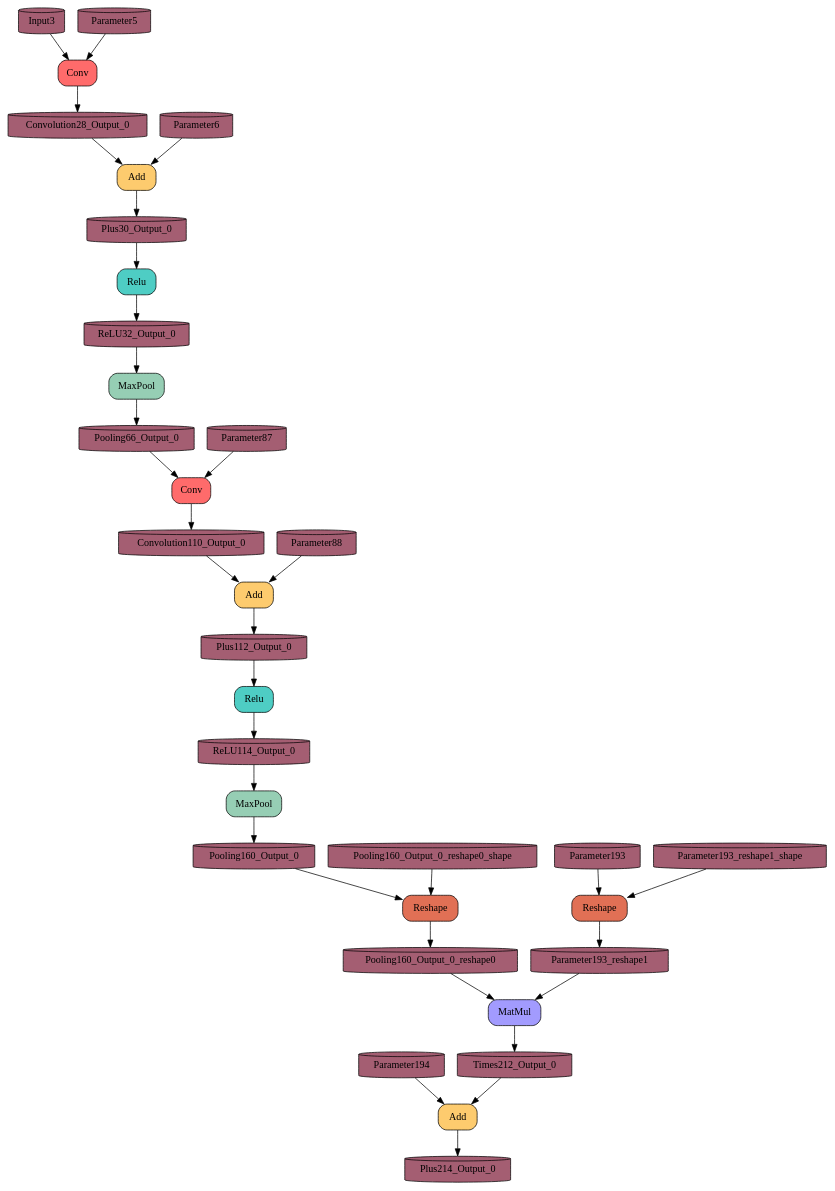
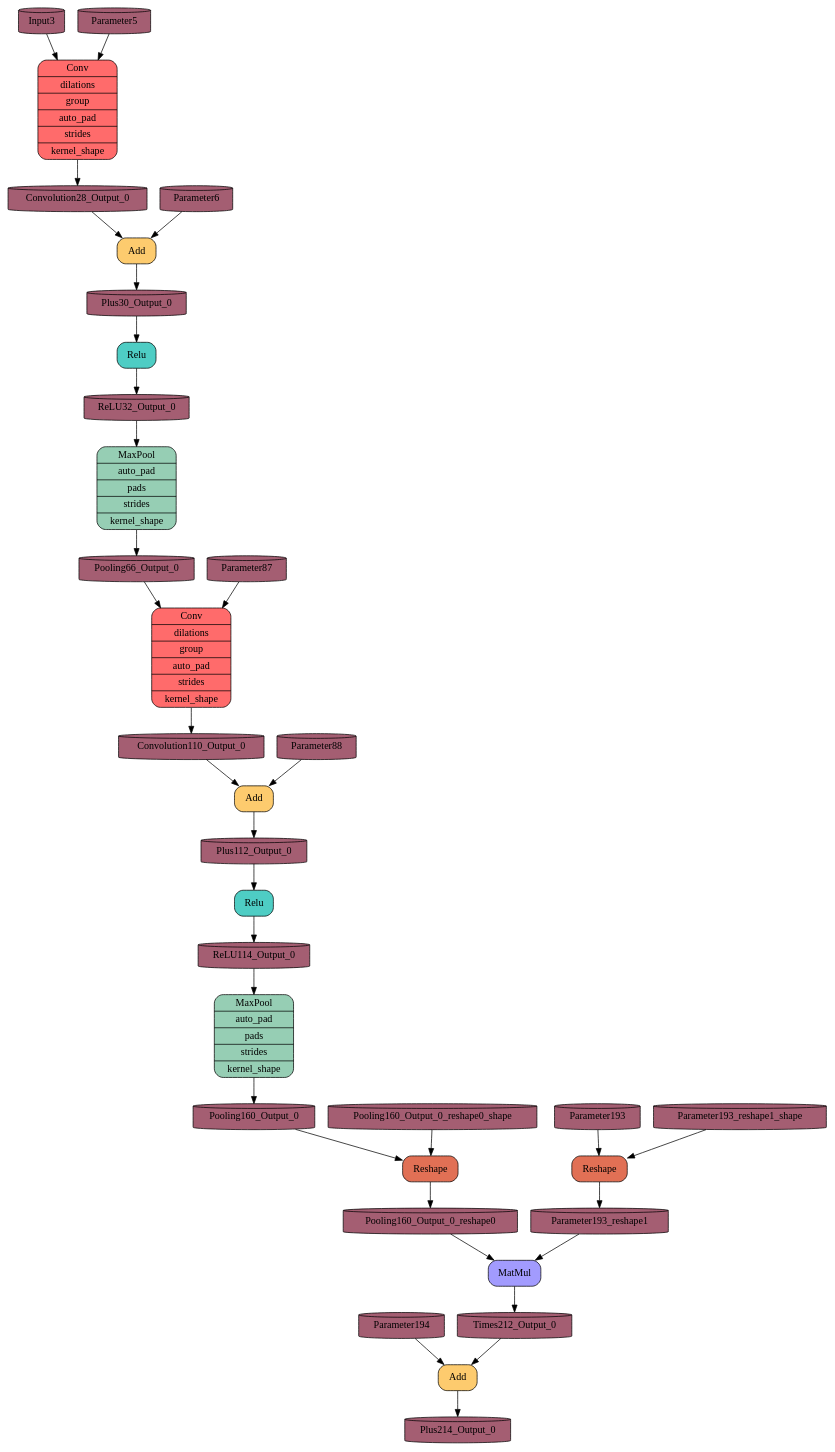
The diagram in dot/mnist-8.dot (Barkir/BebraTensor), drawn with Graphviz before and after one commit. The commit also changed 15 other files, not shown here.

```diff
--- a/dot/mnist-8.dot
+++ b/dot/mnist-8.dot
@@ -1,78 +1,78 @@
 digraph{
-node0x5d76a30[label=Reshape,shape=Mrecord style=filled, fillcolor="#E17055"]
+node0x3680a30["label"="{Reshape}",shape=Mrecord style=filled, fillcolor="#E17055"]
 tensorParameter193[label=Parameter193, shape=cylinder, style=filled, fillcolor="#A45E72"]
-tensorParameter193->node0x5d76a30
+tensorParameter193->node0x3680a30
 tensorParameter193_reshape1_shape[label=Parameter193_reshape1_shape, shape=cylinder, style=filled, fillcolor="#A45E72"]
-tensorParameter193_reshape1_shape->node0x5d76a30
+tensorParameter193_reshape1_shape->node0x3680a30
 tensorParameter193_reshape1[label=Parameter193_reshape1, shape=cylinder, style=filled, fillcolor="#A45E72"]
-node0x5d76a30->tensorParameter193_reshape1
-node0x5d76ab8[label=Conv,shape=Mrecord style=filled, fillcolor="#FF6B6B"]
+node0x3680a30->tensorParameter193_reshape1
+node0x3680ab8["label"="{Conv|dilations|group|auto_pad|strides|kernel_shape}",shape=Mrecord style=filled, fillcolor="#FF6B6B"]
 tensorInput3[label=Input3, shape=cylinder, style=filled, fillcolor="#A45E72"]
-tensorInput3->node0x5d76ab8
+tensorInput3->node0x3680ab8
 tensorParameter5[label=Parameter5, shape=cylinder, style=filled, fillcolor="#A45E72"]
-tensorParameter5->node0x5d76ab8
+tensorParameter5->node0x3680ab8
 tensorConvolution28_Output_0[label=Convolution28_Output_0, shape=cylinder, style=filled, fillcolor="#A45E72"]
-node0x5d76ab8->tensorConvolution28_Output_0
-node0x5d76b40[label=Add,shape=Mrecord style=filled, fillcolor="#FDCB6E"]
+node0x3680ab8->tensorConvolution28_Output_0
+node0x3680b40["label"="{Add}",shape=Mrecord style=filled, fillcolor="#FDCB6E"]
 tensorConvolution28_Output_0[label=Convolution28_Output_0, shape=cylinder, style=filled, fillcolor="#A45E72"]
-tensorConvolution28_Output_0->node0x5d76b40
+tensorConvolution28_Output_0->node0x3680b40
 tensorParameter6[label=Parameter6, shape=cylinder, style=filled, fillcolor="#A45E72"]
-tensorParameter6->node0x5d76b40
+tensorParameter6->node0x3680b40
 tensorPlus30_Output_0[label=Plus30_Output_0, shape=cylinder, style=filled, fillcolor="#A45E72"]
-node0x5d76b40->tensorPlus30_Output_0
-node0x5d76bc8[label=Relu,shape=Mrecord style=filled, fillcolor="#4ECDC4"]
+node0x3680b40->tensorPlus30_Output_0
+node0x3680bc8["label"="{Relu}",shape=Mrecord style=filled, fillcolor="#4ECDC4"]
 tensorPlus30_Output_0[label=Plus30_Output_0, shape=cylinder, style=filled, fillcolor="#A45E72"]
-tensorPlus30_Output_0->node0x5d76bc8
+tensorPlus30_Output_0->node0x3680bc8
 tensorReLU32_Output_0[label=ReLU32_Output_0, shape=cylinder, style=filled, fillcolor="#A45E72"]
-node0x5d76bc8->tensorReLU32_Output_0
-node0x5d76c50[label=MaxPool,shape=Mrecord style=filled, fillcolor="#96CEB4"]
+node0x3680bc8->tensorReLU32_Output_0
+node0x3680c50["label"="{MaxPool|auto_pad|pads|strides|kernel_shape}",shape=Mrecord style=filled, fillcolor="#96CEB4"]
 tensorReLU32_Output_0[label=ReLU32_Output_0, shape=cylinder, style=filled, fillcolor="#A45E72"]
-tensorReLU32_Output_0->node0x5d76c50
+tensorReLU32_Output_0->node0x3680c50
 tensorPooling66_Output_0[label=Pooling66_Output_0, shape=cylinder, style=filled, fillcolor="#A45E72"]
-node0x5d76c50->tensorPooling66_Output_0
-node0x5d76cd8[label=Conv,shape=Mrecord style=filled, fillcolor="#FF6B6B"]
+node0x3680c50->tensorPooling66_Output_0
+node0x3680cd8["label"="{Conv|dilations|group|auto_pad|strides|kernel_shape}",shape=Mrecord style=filled, fillcolor="#FF6B6B"]
 tensorPooling66_Output_0[label=Pooling66_Output_0, shape=cylinder, style=filled, fillcolor="#A45E72"]
-tensorPooling66_Output_0->node0x5d76cd8
+tensorPooling66_Output_0->node0x3680cd8
 tensorParameter87[label=Parameter87, shape=cylinder, style=filled, fillcolor="#A45E72"]
-tensorParameter87->node0x5d76cd8
+tensorParameter87->node0x3680cd8
 tensorConvolution110_Output_0[label=Convolution110_Output_0, shape=cylinder, style=filled, fillcolor="#A45E72"]
-node0x5d76cd8->tensorConvolution110_Output_0
-node0x5d76d60[label=Add,shape=Mrecord style=filled, fillcolor="#FDCB6E"]
+node0x3680cd8->tensorConvolution110_Output_0
+node0x3680d60["label"="{Add}",shape=Mrecord style=filled, fillcolor="#FDCB6E"]
 tensorConvolution110_Output_0[label=Convolution110_Output_0, shape=cylinder, style=filled, fillcolor="#A45E72"]
-tensorConvolution110_Output_0->node0x5d76d60
+tensorConvolution110_Output_0->node0x3680d60
 tensorParameter88[label=Parameter88, shape=cylinder, style=filled, fillcolor="#A45E72"]
-tensorParameter88->node0x5d76d60
+tensorParameter88->node0x3680d60
 tensorPlus112_Output_0[label=Plus112_Output_0, shape=cylinder, style=filled, fillcolor="#A45E72"]
-node0x5d76d60->tensorPlus112_Output_0
-node0x5d76de8[label=Relu,shape=Mrecord style=filled, fillcolor="#4ECDC4"]
+node0x3680d60->tensorPlus112_Output_0
+node0x3680de8["label"="{Relu}",shape=Mrecord style=filled, fillcolor="#4ECDC4"]
 tensorPlus112_Output_0[label=Plus112_Output_0, shape=cylinder, style=filled, fillcolor="#A45E72"]
-tensorPlus112_Output_0->node0x5d76de8
+tensorPlus112_Output_0->node0x3680de8
 tensorReLU114_Output_0[label=ReLU114_Output_0, shape=cylinder, style=filled, fillcolor="#A45E72"]
-node0x5d76de8->tensorReLU114_Output_0
-node0x5d76e70[label=MaxPool,shape=Mrecord style=filled, fillcolor="#96CEB4"]
+node0x3680de8->tensorReLU114_Output_0
+node0x3680e70["label"="{MaxPool|auto_pad|pads|strides|kernel_shape}",shape=Mrecord style=filled, fillcolor="#96CEB4"]
 tensorReLU114_Output_0[label=ReLU114_Output_0, shape=cylinder, style=filled, fillcolor="#A45E72"]
-tensorReLU114_Output_0->node0x5d76e70
+tensorReLU114_Output_0->node0x3680e70
 tensorPooling160_Output_0[label=Pooling160_Output_0, shape=cylinder, style=filled, fillcolor="#A45E72"]
-node0x5d76e70->tensorPooling160_Output_0
-node0x5d76ef8[label=Reshape,shape=Mrecord style=filled, fillcolor="#E17055"]
+node0x3680e70->tensorPooling160_Output_0
+node0x3680ef8["label"="{Reshape}",shape=Mrecord style=filled, fillcolor="#E17055"]
 tensorPooling160_Output_0[label=Pooling160_Output_0, shape=cylinder, style=filled, fillcolor="#A45E72"]
-tensorPooling160_Output_0->node0x5d76ef8
+tensorPooling160_Output_0->node0x3680ef8
 tensorPooling160_Output_0_reshape0_shape[label=Pooling160_Output_0_reshape0_shape, shape=cylinder, style=filled, fillcolor="#A45E72"]
-tensorPooling160_Output_0_reshape0_shape->node0x5d76ef8
+tensorPooling160_Output_0_reshape0_shape->node0x3680ef8
 tensorPooling160_Output_0_reshape0[label=Pooling160_Output_0_reshape0, shape=cylinder, style=filled, fillcolor="#A45E72"]
-node0x5d76ef8->tensorPooling160_Output_0_reshape0
-node0x5d76f80[label=MatMul,shape=Mrecord style=filled, fillcolor="#A29BFE"]
+node0x3680ef8->tensorPooling160_Output_0_reshape0
+node0x3680f80["label"="{MatMul}",shape=Mrecord style=filled, fillcolor="#A29BFE"]
 tensorPooling160_Output_0_reshape0[label=Pooling160_Output_0_reshape0, shape=cylinder, style=filled, fillcolor="#A45E72"]
-tensorPooling160_Output_0_reshape0->node0x5d76f80
+tensorPooling160_Output_0_reshape0->node0x3680f80
 tensorParameter193_reshape1[label=Parameter193_reshape1, shape=cylinder, style=filled, fillcolor="#A45E72"]
-tensorParameter193_reshape1->node0x5d76f80
+tensorParameter193_reshape1->node0x3680f80
 tensorTimes212_Output_0[label=Times212_Output_0, shape=cylinder, style=filled, fillcolor="#A45E72"]
-node0x5d76f80->tensorTimes212_Output_0
-node0x5d77008[label=Add,shape=Mrecord style=filled, fillcolor="#FDCB6E"]
+node0x3680f80->tensorTimes212_Output_0
+node0x3681008["label"="{Add}",shape=Mrecord style=filled, fillcolor="#FDCB6E"]
 tensorTimes212_Output_0[label=Times212_Output_0, shape=cylinder, style=filled, fillcolor="#A45E72"]
-tensorTimes212_Output_0->node0x5d77008
+tensorTimes212_Output_0->node0x3681008
 tensorParameter194[label=Parameter194, shape=cylinder, style=filled, fillcolor="#A45E72"]
-tensorParameter194->node0x5d77008
+tensorParameter194->node0x3681008
 tensorPlus214_Output_0[label=Plus214_Output_0, shape=cylinder, style=filled, fillcolor="#A45E72"]
-node0x5d77008->tensorPlus214_Output_0
+node0x3681008->tensorPlus214_Output_0
 }
```
